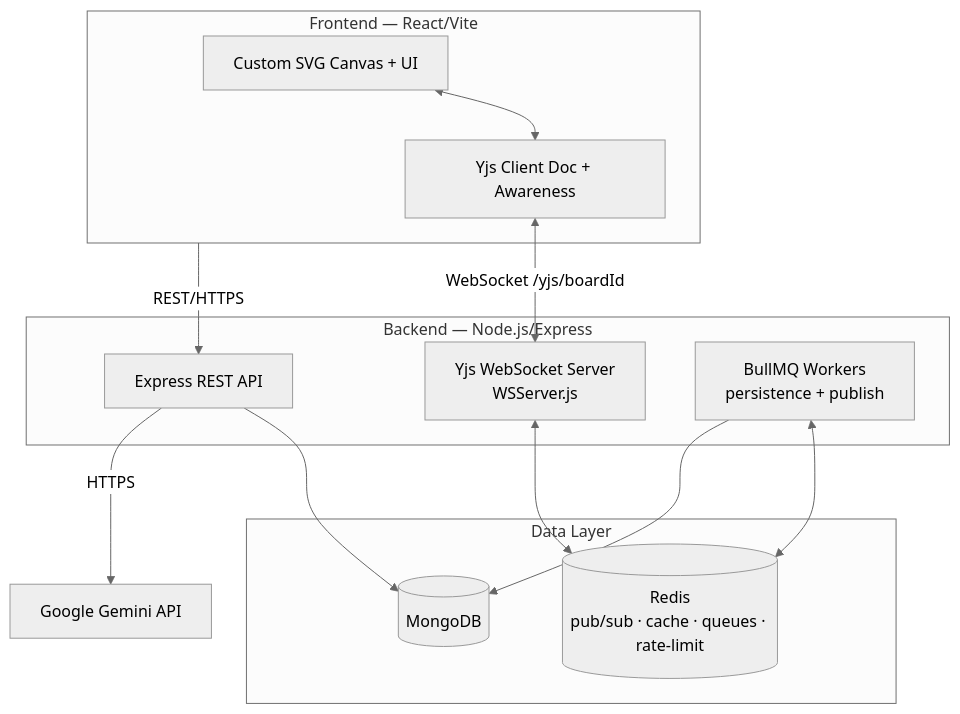
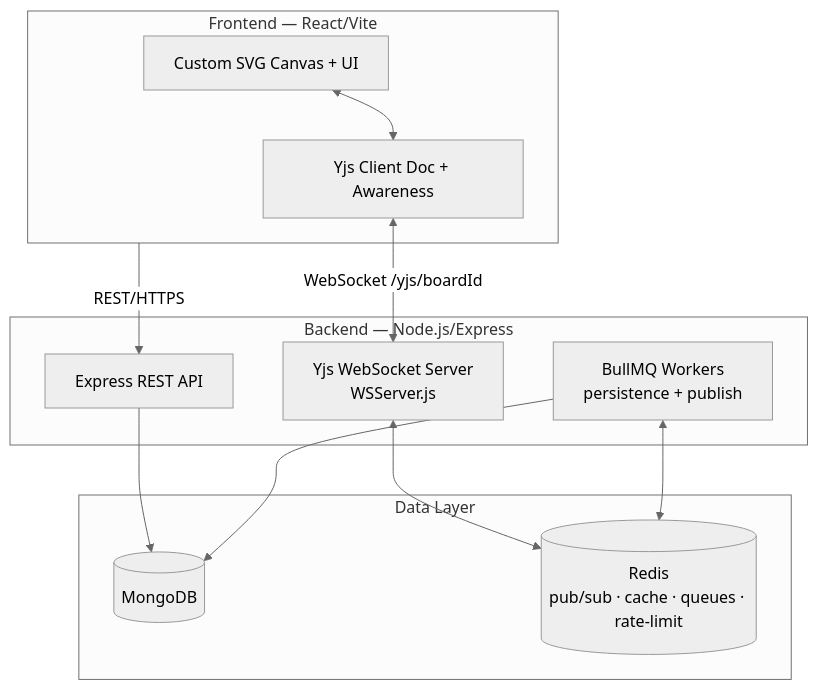
One commit to Arghadeep78/collaborative-realtime-workspace changed the diagram in README.md. Above: the diagram before and after it, drawn with Mermaid (neutral theme). The commit also changed other lines of this file and 7 other files, not shown here.

````diff
--- a/README.md
+++ b/README.md
@@ -59,29 +58,26 @@
 ```mermaid
 graph TD
     subgraph Client [Frontend — React/Vite]
         UI[Custom SVG Canvas + UI]
         YjsClient[Yjs Client Doc + Awareness]
         UI <--> YjsClient
     end
 
     subgraph Server [Backend — Node.js/Express]
         API[Express REST API]
         YjsServer[Yjs WebSocket Server<br/>WSServer.js]
         Workers[BullMQ Workers<br/>persistence + publish]
     end
 
     subgraph Data [Data Layer]
         MongoDB[(MongoDB)]
         Redis[(Redis<br/>pub/sub · cache · queues · rate-limit)]
     end
 
-    Gemini[Google Gemini API]
-
     Client -- REST/HTTPS --> API
     YjsClient <-- WebSocket /yjs/boardId --> YjsServer
     API --> MongoDB
     YjsServer <--> Redis
     Workers <--> Redis
     Workers --> MongoDB
-    API -- HTTPS --> Gemini
 ```
````
